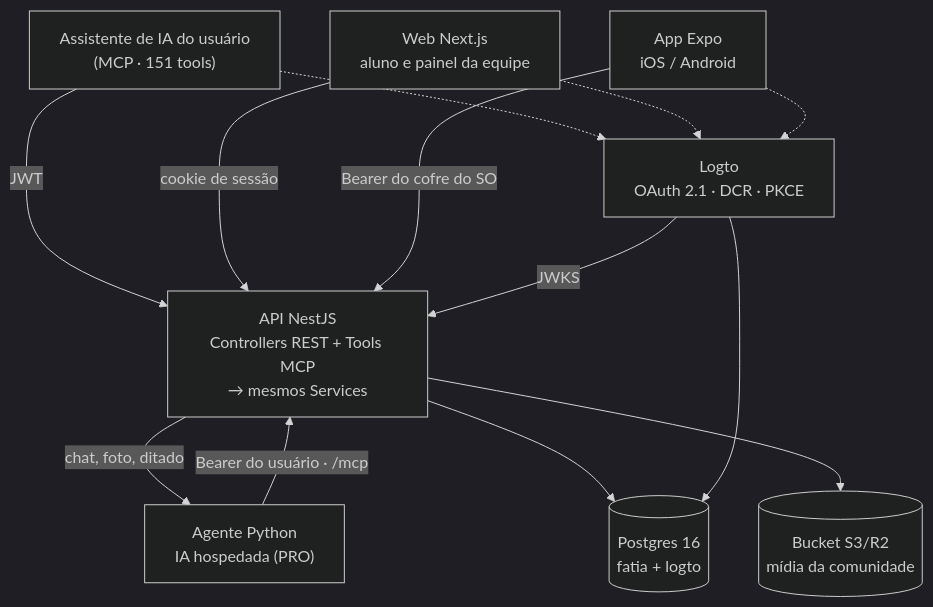
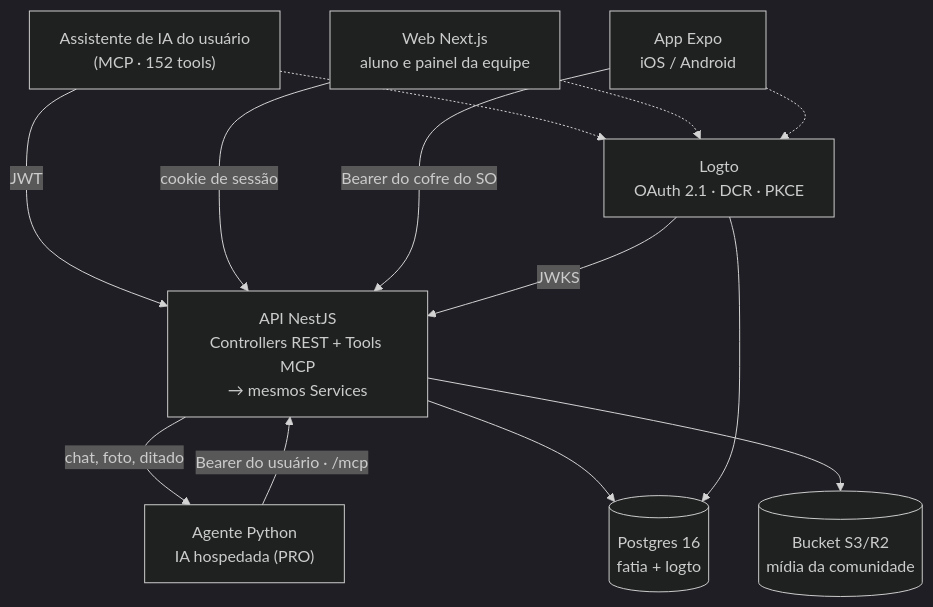
Before and after one commit to ThiagoCarreiraVallim/fatia: the diagram in README.md, drawn with Mermaid (dark theme). The commit also changed other lines of this file and 11 other files, not shown here.

````diff
--- a/README.md
+++ b/README.md
@@ -33,24 +33,24 @@
 ```mermaid
 flowchart TD
-    claude["Assistente de IA do usuário<br/>(MCP · 151 tools)"]
+    claude["Assistente de IA do usuário<br/>(MCP · 152 tools)"]
     pwa["Web Next.js<br/>aluno e painel da equipe"]
     mobile["App Expo<br/>iOS / Android"]
     agent["Agente Python<br/>IA hospedada (PRO)"]
     logto["Logto<br/>OAuth 2.1 · DCR · PKCE"]
     api["API NestJS<br/>Controllers REST + Tools MCP<br/>→ mesmos Services"]
     pg[("Postgres 16<br/>fatia + logto")]
     s3[("Bucket S3/R2<br/>mídia da comunidade")]
 
     claude -- "JWT" --> api
     pwa -- "cookie de sessão" --> api
     mobile -- "Bearer do cofre do SO" --> api
     api -- "chat, foto, ditado" --> agent
     agent -- "Bearer do usuário · /mcp" --> api
     claude -.-> logto
     pwa -.-> logto
     mobile -.-> logto
     logto -- "JWKS" --> api
     api --> pg
     api --> s3
     logto --> pg
 ```
````
